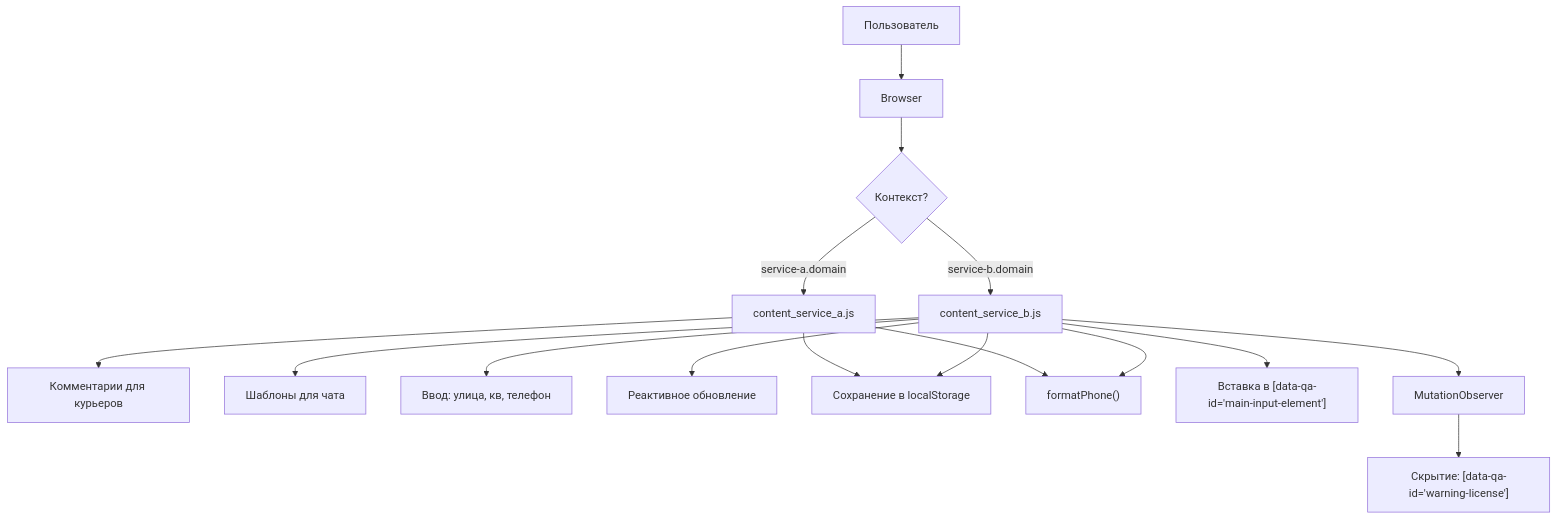
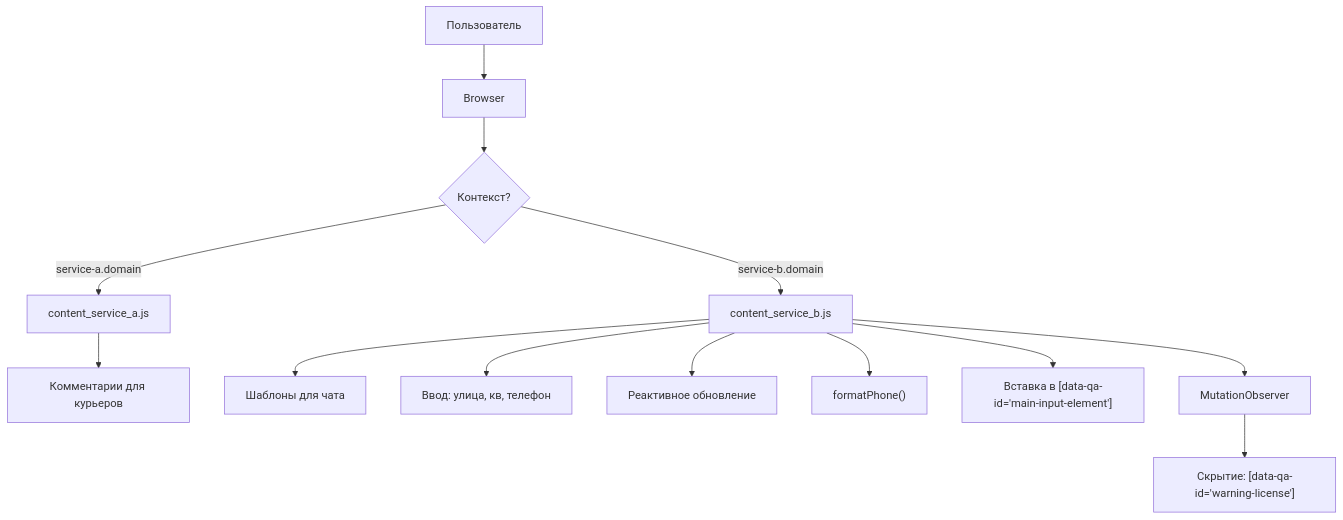
One commit to kyrchenkov/performance-engineering-and-ux changed the diagram in ops-ux/README.md. Above: the diagram before and after it, drawn with Mermaid.

````diff
--- a/ops-ux/README.md
+++ b/ops-ux/README.md
@@ -23,19 +23,17 @@
 ```mermaid
 graph TD
     A[Пользователь] --> B[Browser]
     B --> C{Контекст?}
     C -->|service-a.domain| D[content_service_a.js]
     C -->|service-b.domain| E[content_service_b.js]
 
     D --> F[Комментарии для курьеров]
     E --> G[Шаблоны для чата]
     E --> H[Ввод: улица, кв, телефон]
     E --> I[Реактивное обновление]
-
-    D & E --> J[Сохранение в localStorage]
-    D & E --> K["formatPhone()"]
+    E --> K["formatPhone()"]
     E --> L["Вставка в [data-qa-id='main-input-element']"]
 
     E --> M[MutationObserver]
     M --> N["Скрытие: [data-qa-id='warning-license']"]
 ```
````
